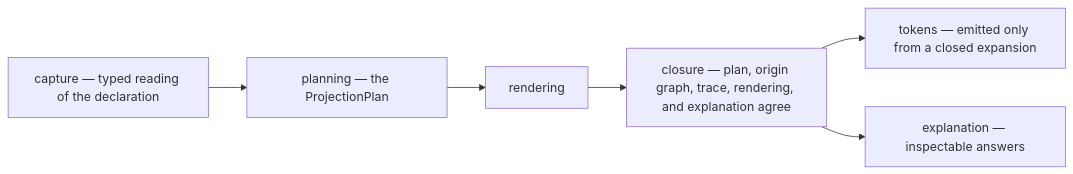
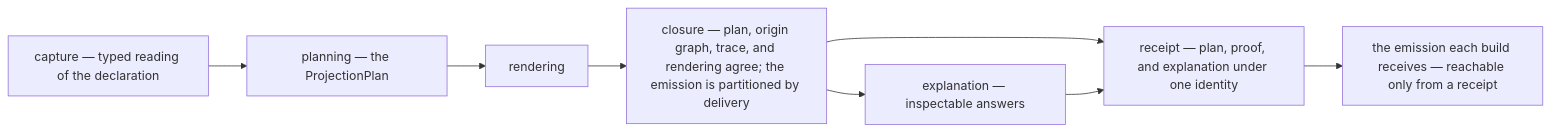
The first of 2 diagrams in macros/macroc/README.md (freebatteryfactory/Macroonz), drawn with Mermaid before and after one commit. The commit also changed other lines of this file and 41 other files, not shown here.

````diff
--- a/macros/macroc/README.md
+++ b/macros/macroc/README.md
@@ -67,8 +77,10 @@
 ```mermaid
 flowchart LR
     CAP["capture — typed reading of the declaration"] --> PLAN["planning — the ProjectionPlan"]
     PLAN --> REN["rendering"]
-    REN --> CLO["closure — plan, origin graph, trace, rendering, and explanation agree"]
-    CLO --> TOK["tokens — emitted only from a closed expansion"]
+    REN --> CLO["closure — plan, origin graph, trace, and rendering agree; the emission is partitioned by delivery"]
     CLO --> EXP["explanation — inspectable answers"]
+    CLO --> REC["receipt — plan, proof, and explanation under one identity"]
+    EXP --> REC
+    REC --> TOK["the emission each build receives — reachable only from a receipt"]
 ```
````
